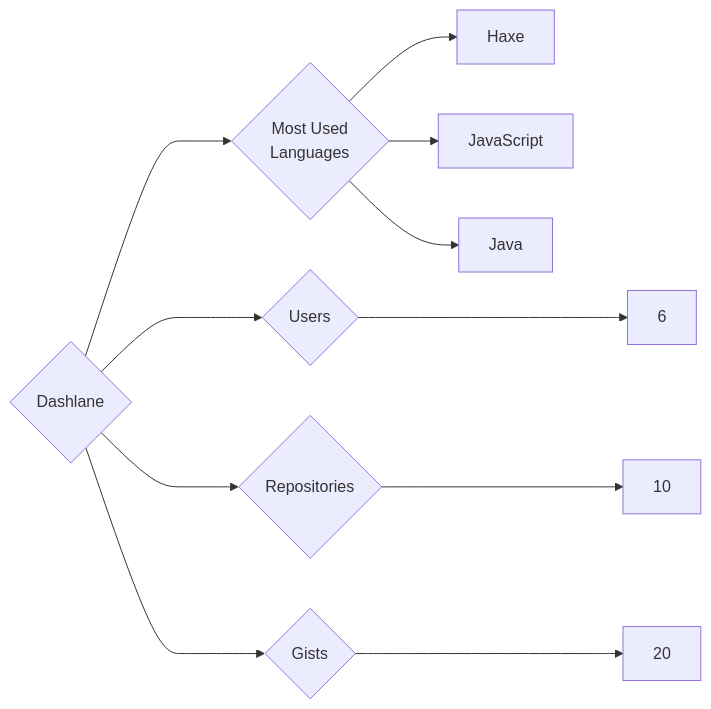
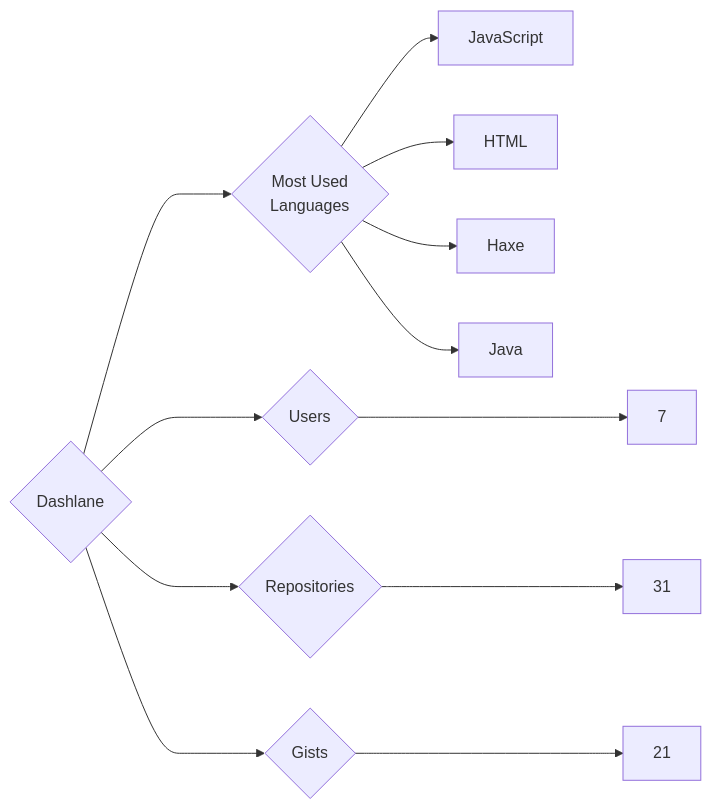
Before and after one commit to trickest/insiders: the diagram in targets/Dashlane/README.md, drawn with Mermaid. The commit also changed 1149 other files, not shown here.

````diff
--- a/targets/Dashlane/README.md
+++ b/targets/Dashlane/README.md
@@ -3,11 +3,12 @@
 ```mermaid
 graph LR
 COMPANY_NAME{Dashlane}
-COMPANY_NAME ---> U{Users} ---> UN[6]
-COMPANY_NAME ---> R{Repositories} ---> RN[10]
-COMPANY_NAME ---> G{Gists} ---> GN[20]
+COMPANY_NAME ---> U{Users} ---> UN[7]
+COMPANY_NAME ---> R{Repositories} ---> RN[31]
+COMPANY_NAME ---> G{Gists} ---> GN[21]
 COMPANY_NAME ---> ML{Most Used<br>Languages}
+ML --> JavaScript[JavaScript]
+ML --> HTML[HTML]
 ML --> Haxe[Haxe]
-ML --> JavaScript[JavaScript]
 ML --> Java[Java]
 ```
````
